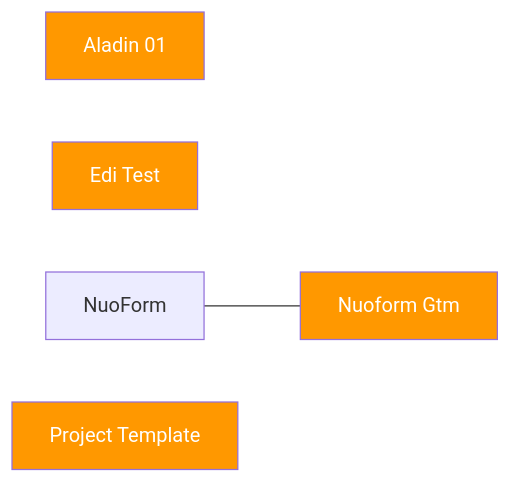
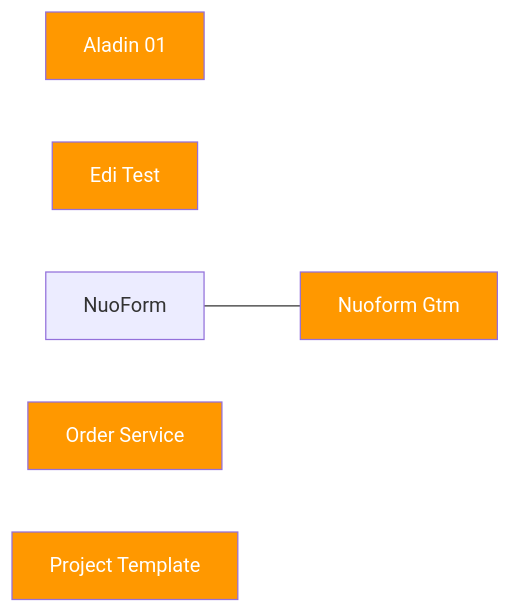
The diagram in docs/dependency-graph.md (Katty-Fashion/kf-cpto), drawn with Mermaid before and after one commit. The commit also changed other lines of this file and 8 other files, not shown here.

````diff
--- a/docs/dependency-graph.md
+++ b/docs/dependency-graph.md
@@ -10,11 +10,12 @@
 ```mermaid
 graph LR
     Aladin-01[Aladin 01]:::internal
     Edi-test[Edi Test]:::internal
     NuoForm---GTM[Nuoform   Gtm]:::internal
+    order-service[Order Service]:::internal
     project-template[Project Template]:::internal
 
     classDef saas fill:#4CAF50,color:#fff
     classDef eu fill:#2196F3,color:#fff
     classDef internal fill:#FF9800,color:#fff
 ```
````
